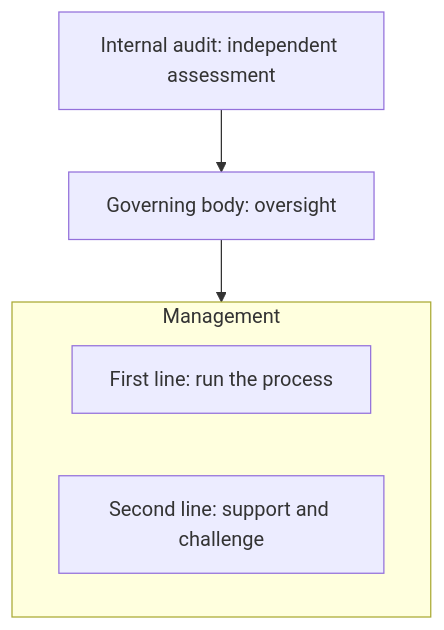
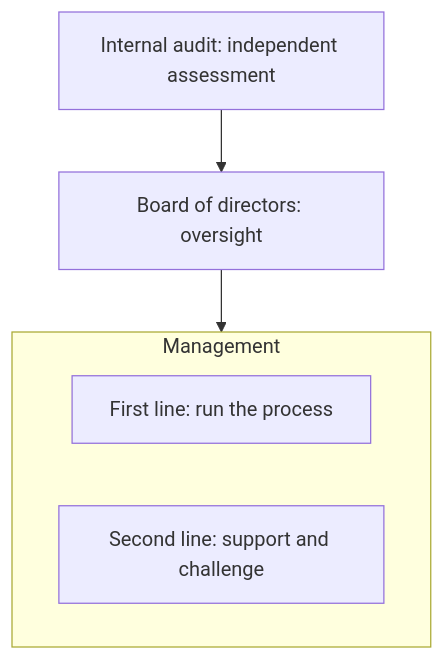
The diagram in chapters/week-01/chapter.md (minimalgeek/compliance-learning), drawn with Mermaid before and after one commit. The commit also changed other lines of this file and 10 other files, not shown here.

````diff
--- a/chapters/week-01/chapter.md
+++ b/chapters/week-01/chapter.md
@@ -255,11 +255,11 @@
 ```mermaid
 flowchart TD
-  board["Governing body: oversight"]
+  board["Board of directors: oversight"]
   subgraph management["Management"]
     first["First line: run the process"]
     second["Second line: support and challenge"]
   end
   audit["Internal audit: independent assessment"]
   board --> management
   audit --> board
 ```
````
